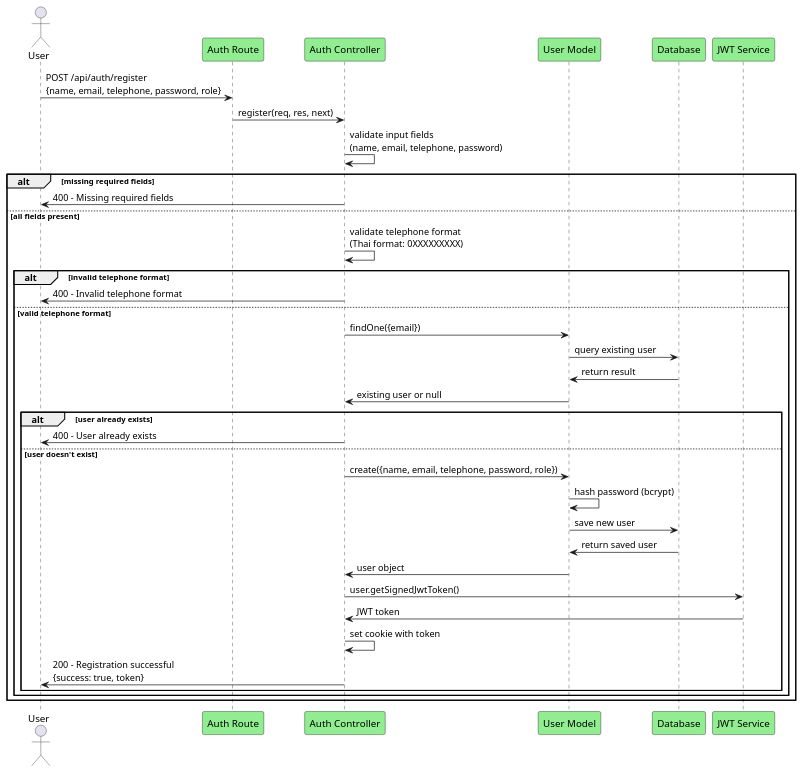
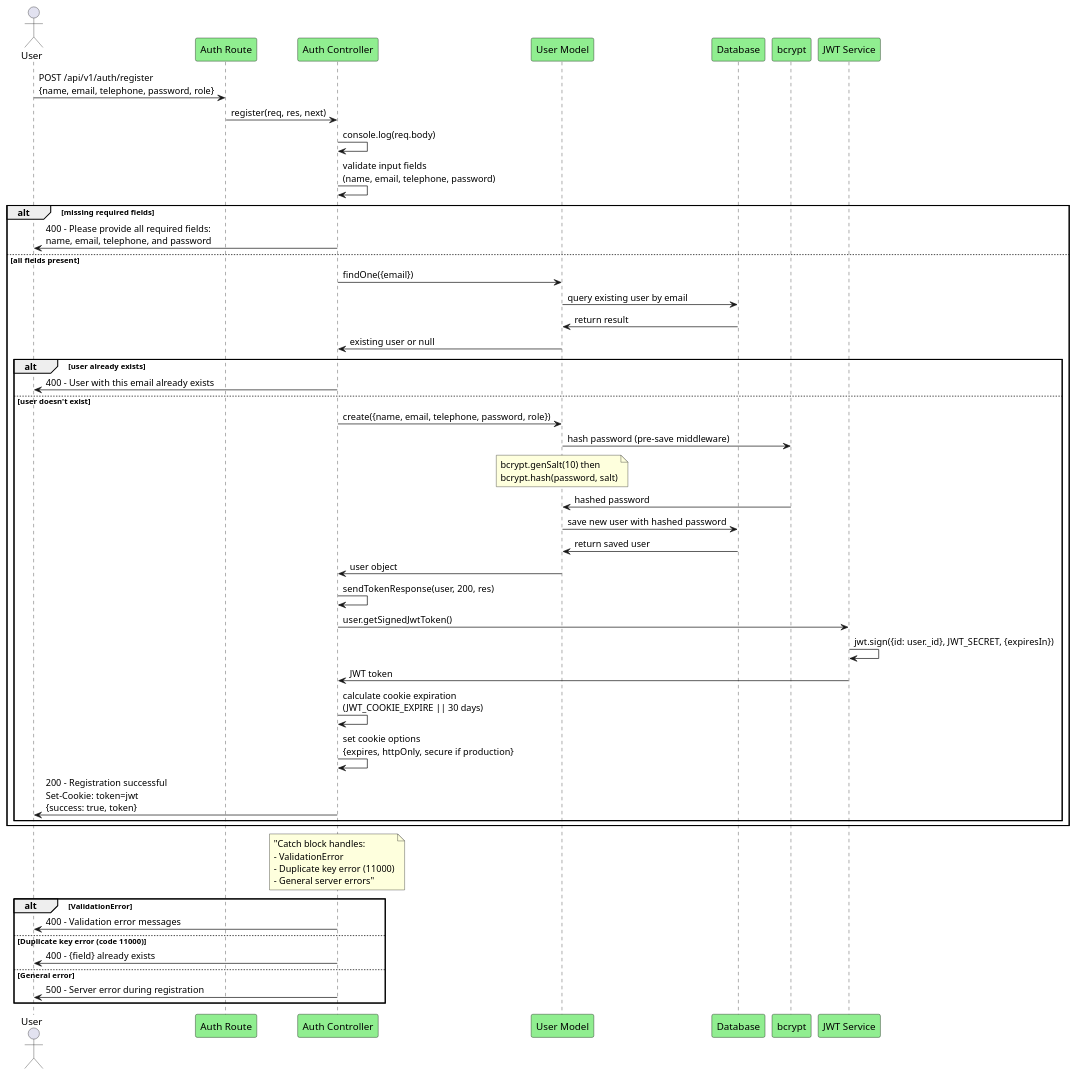
The diagram in docs/sequence-register.puml (Jirapat-K-F/SLEEP_FINAL_PROJECT), drawn with PlantUML before and after one commit. The commit also changed 1 other file, not shown here.

Commit message:
add register and login

```diff
--- a/docs/sequence-register.puml
+++ b/docs/sequence-register.puml
@@ -1,48 +1,63 @@
 @startuml UserRegistrationSequence
 skinparam participant {
     BackgroundColor lightgreen
     BorderColor black
 }
 
 actor User
 participant "Auth Route" as Route
 participant "Auth Controller" as Controller
 participant "User Model" as Model
 participant "Database" as DB
+participant "bcrypt" as Bcrypt
 participant "JWT Service" as JWT
 
-User -> Route: POST /api/auth/register\n{name, email, telephone, password, role}
+User -> Route: POST /api/v1/auth/register\n{name, email, telephone, password, role}
 Route -> Controller: register(req, res, next)
 
+Controller -> Controller: console.log(req.body)
 Controller -> Controller: validate input fields\n(name, email, telephone, password)
 
 alt missing required fields
-    Controller -> User: 400 - Missing required fields
+    Controller -> User: 400 - Please provide all required fields:\nname, email, telephone, and password
 else all fields present
-    Controller -> Controller: validate telephone format\n(Thai format: 0XXXXXXXXX)
+    Controller -> Model: findOne({email})
+    Model -> DB: query existing user by email
+    DB -> Model: return result
+    Model -> Controller: existing user or null
     
-    alt invalid telephone format
-        Controller -> User: 400 - Invalid telephone format
-    else valid telephone format
-        Controller -> Model: findOne({email})
-        Model -> DB: query existing user
-        DB -> Model: return result
-        Model -> Controller: existing user or null
+    alt user already exists
+        Controller -> User: 400 - User with this email already exists
+    else user doesn't exist
+        Controller -> Model: create({name, email, telephone, password, role})
+        Model -> Bcrypt: hash password (pre-save middleware)
+        Note over Model: bcrypt.genSalt(10) then\nbcrypt.hash(password, salt)
+        Bcrypt -> Model: hashed password
+        Model -> DB: save new user with hashed password
+        DB -> Model: return saved user
+        Model -> Controller: user object
+        Controller -> Controller: sendTokenResponse(user, 200, res)
         
-        alt user already exists
-            Controller -> User: 400 - User already exists
-        else user doesn't exist
-            Controller -> Model: create({name, email, telephone, password, role})
-            Model -> Model: hash password (bcrypt)
-            Model -> DB: save new user
-            DB -> Model: return saved user
-            Model -> Controller: user object
-            Controller -> JWT: user.getSignedJwtToken()
-            JWT -> Controller: JWT token
-            Controller -> Controller: set cookie with token
-            Controller -> User: 200 - Registration successful\n{success: true, token}
-        end
+        Controller -> JWT: user.getSignedJwtToken()
+        JWT -> JWT: jwt.sign({id: user._id}, JWT_SECRET, {expiresIn})
+        JWT -> Controller: JWT token
+        
+        Controller -> Controller: calculate cookie expiration\n(JWT_COOKIE_EXPIRE || 30 days)
+        Controller -> Controller: set cookie options\n{expires, httpOnly, secure if production}
+        
+        Controller -> User: 200 - Registration successful\nSet-Cookie: token=jwt\n{success: true, token}
     end
 end
 
+' Error Handling
+note over Controller : "Catch block handles:\n- ValidationError\n- Duplicate key error (11000)\n- General server errors"
+
+alt ValidationError
+    Controller -> User: 400 - Validation error messages
+else Duplicate key error (code 11000)
+    Controller -> User: 400 - {field} already exists
+else General error
+    Controller -> User: 500 - Server error during registration
+end
+
 @enduml
```
